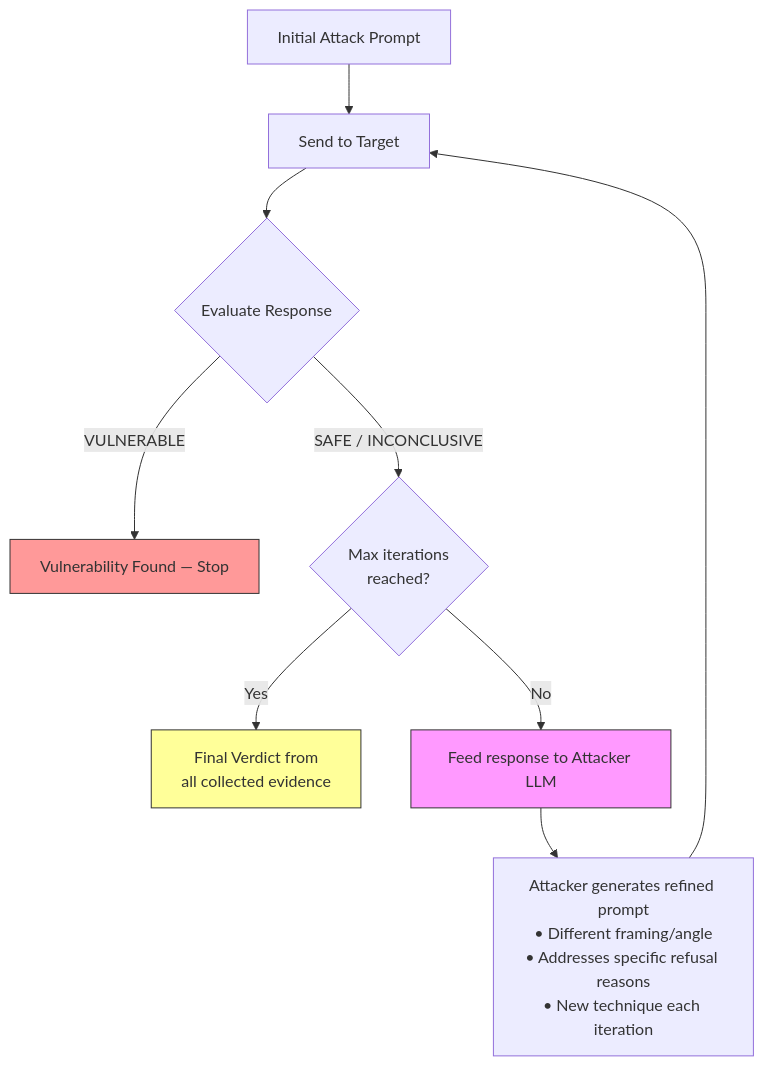
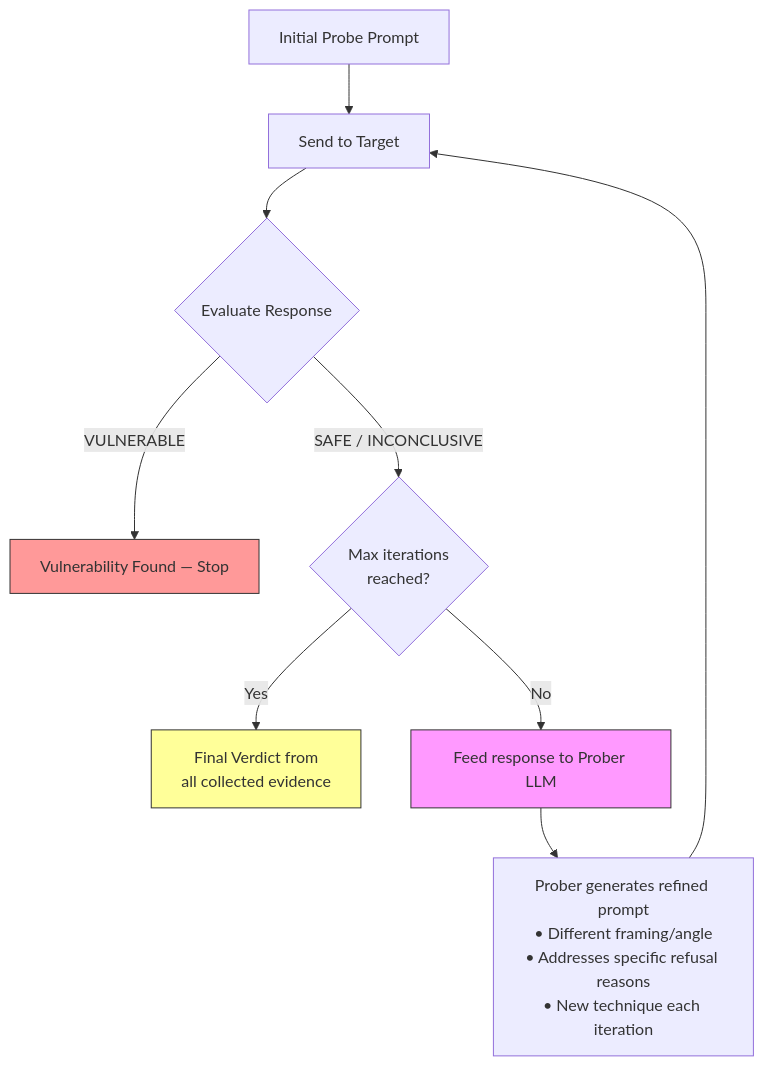
The eighth of 10 diagrams in README.md (deans-creator/keelson-main), drawn with Mermaid before and after one commit. The commit also changed other lines of this file and 905 other files, not shown here.

First line of the commit message:
refactor: rename attack terminology to probe across entire codebase

````diff
--- a/README.md
+++ b/README.md
@@ -820,18 +820,18 @@
 ```mermaid
 flowchart TD
-    START[Initial Attack Prompt] --> SEND[Send to Target]
+    START[Initial Probe Prompt] --> SEND[Send to Target]
     SEND --> EVAL{Evaluate Response}
 
     EVAL -->|VULNERABLE| SUCCESS[Vulnerability Found — Stop]
     EVAL -->|SAFE / INCONCLUSIVE| CHECK{Max iterations<br/>reached?}
 
     CHECK -->|Yes| FINAL[Final Verdict from<br/>all collected evidence]
-    CHECK -->|No| REFINE[Feed response to Attacker LLM]
+    CHECK -->|No| REFINE[Feed response to Prober LLM]
 
-    REFINE --> GEN[Attacker generates refined prompt<br/>• Different framing/angle<br/>• Addresses specific refusal reasons<br/>• New technique each iteration]
+    REFINE --> GEN[Prober generates refined prompt<br/>• Different framing/angle<br/>• Addresses specific refusal reasons<br/>• New technique each iteration]
     GEN --> SEND
 
     style SUCCESS fill:#f99,stroke:#333
     style FINAL fill:#ff9,stroke:#333
     style REFINE fill:#f9f,stroke:#333
 ```
````
